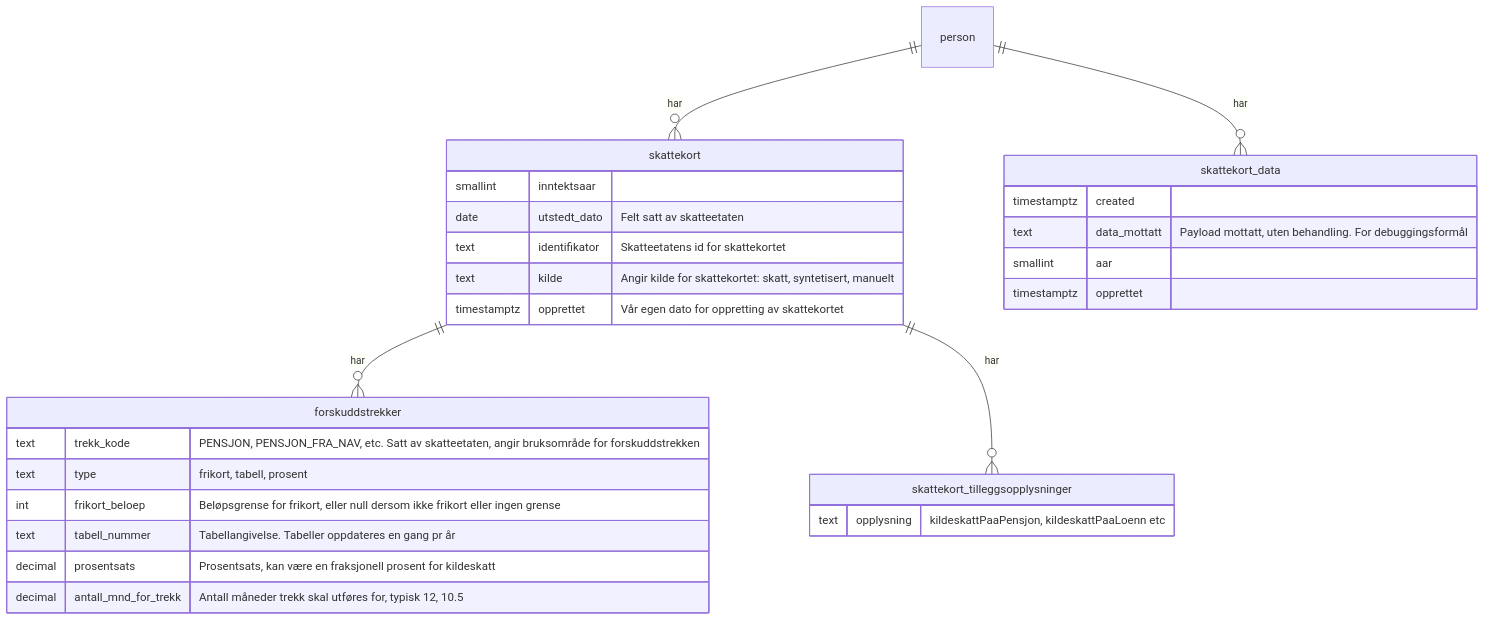
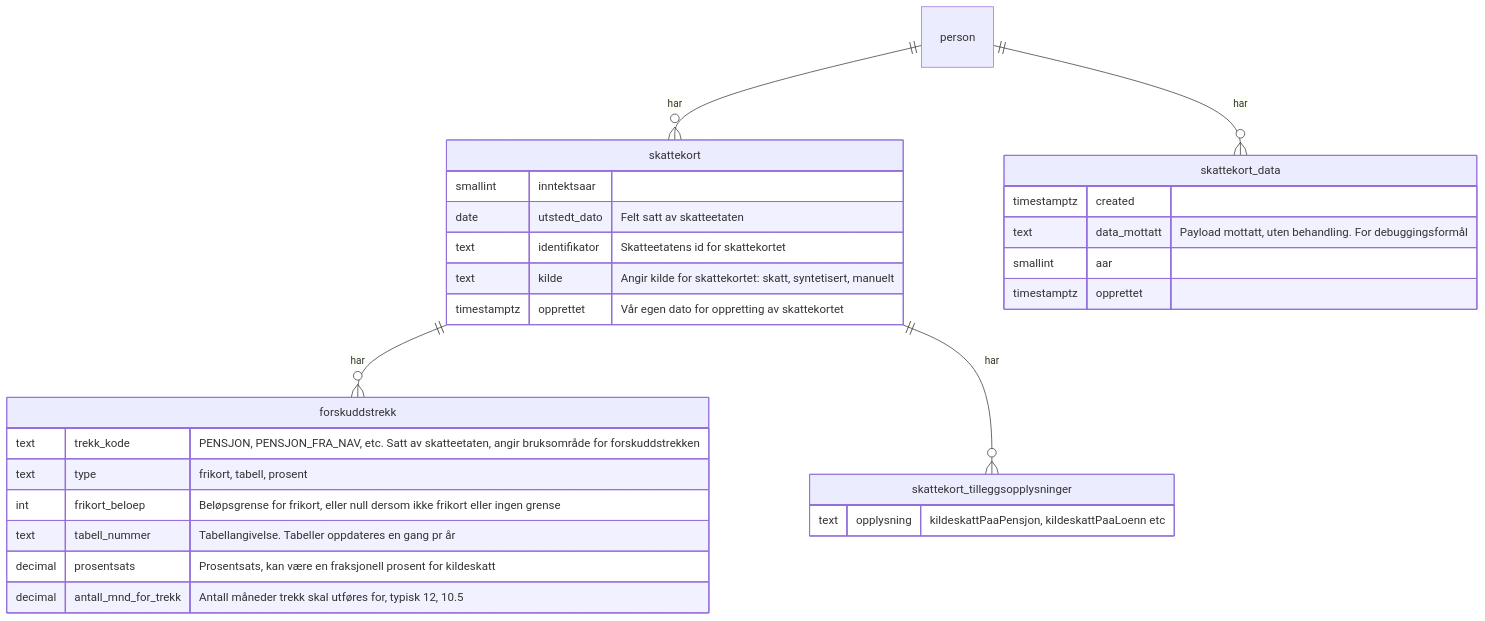
Diagram 12 of 12 in README.md (navikt/sokos-skattekort), drawn with Mermaid before and after one commit. The commit also changed 2 other files, not shown here.

Commit message:
TOB-5578 fiks skrivefeil og reversere mapping til Forskuddstrekk

````diff
--- a/README.md
+++ b/README.md
@@ -336,32 +336,32 @@
 ```mermaid
 erDiagram
     person ||--o{ skattekort: har
     person ||--o{ skattekort_data: har
-    skattekort ||--o{ forskuddstrekker: har
+    skattekort ||--o{ forskuddstrekk: har
     skattekort ||--o{ skattekort_tilleggsopplysninger: har
     skattekort {
         smallint inntektsaar
         date utstedt_dato "Felt satt av skatteetaten"
         text identifikator "Skatteetatens id for skattekortet"
         text kilde "Angir kilde for skattekortet: skatt, syntetisert, manuelt"
         timestamptz opprettet "Vår egen dato for oppretting av skattekortet"
     }
-    forskuddstrekker {
+    forskuddstrekk {
         text trekk_kode "PENSJON, PENSJON_FRA_NAV, etc. Satt av skatteetaten, angir bruksområde for forskuddstrekken"
         text type "frikort, tabell, prosent"
         int frikort_beloep "Beløpsgrense for frikort, eller null dersom ikke frikort eller ingen grense"
         text tabell_nummer "Tabellangivelse. Tabeller oppdateres en gang pr år"
         decimal prosentsats "Prosentsats, kan være en fraksjonell prosent for kildeskatt"
         decimal antall_mnd_for_trekk "Antall måneder trekk skal utføres for, typisk 12, 10.5"
     }
     skattekort_tilleggsopplysninger {
         text opplysning "kildeskattPaaPensjon, kildeskattPaaLoenn etc"
     }
     skattekort_data {
         timestamptz created
         text data_mottatt "Payload mottatt, uten behandling. For debuggingsformål"
         smallint aar
         timestamptz opprettet
     }
 
 ```
````
